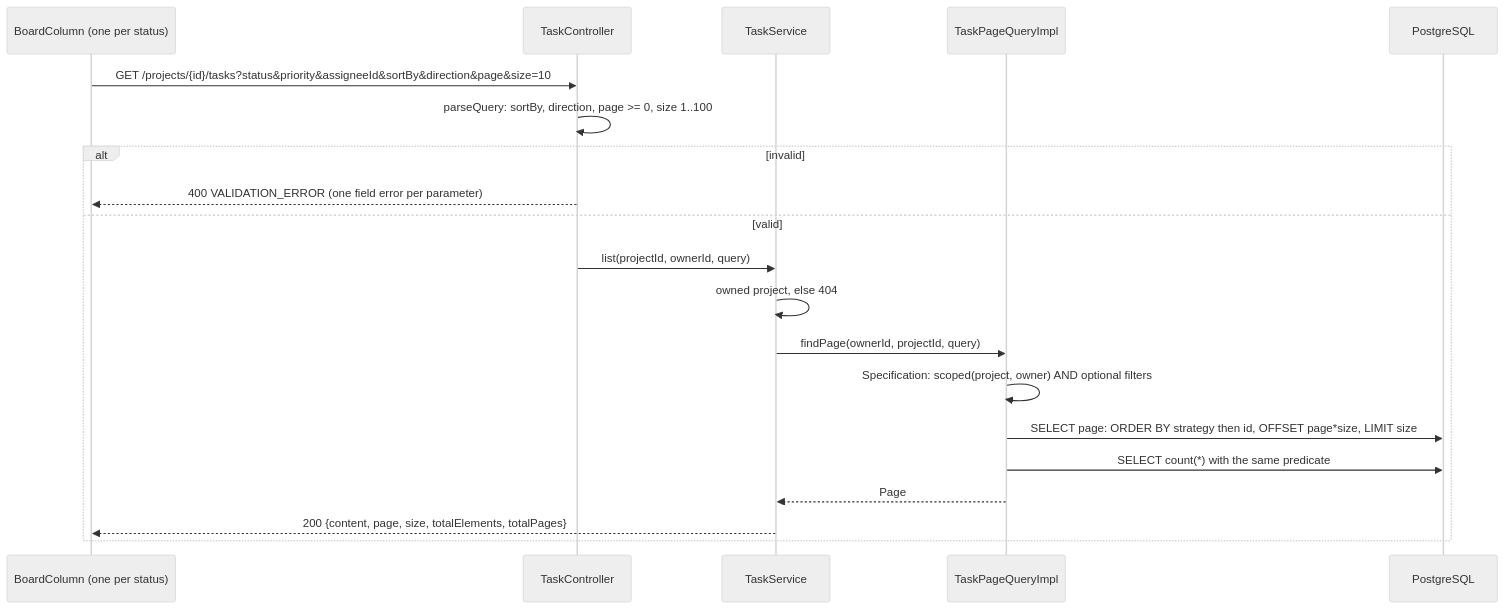
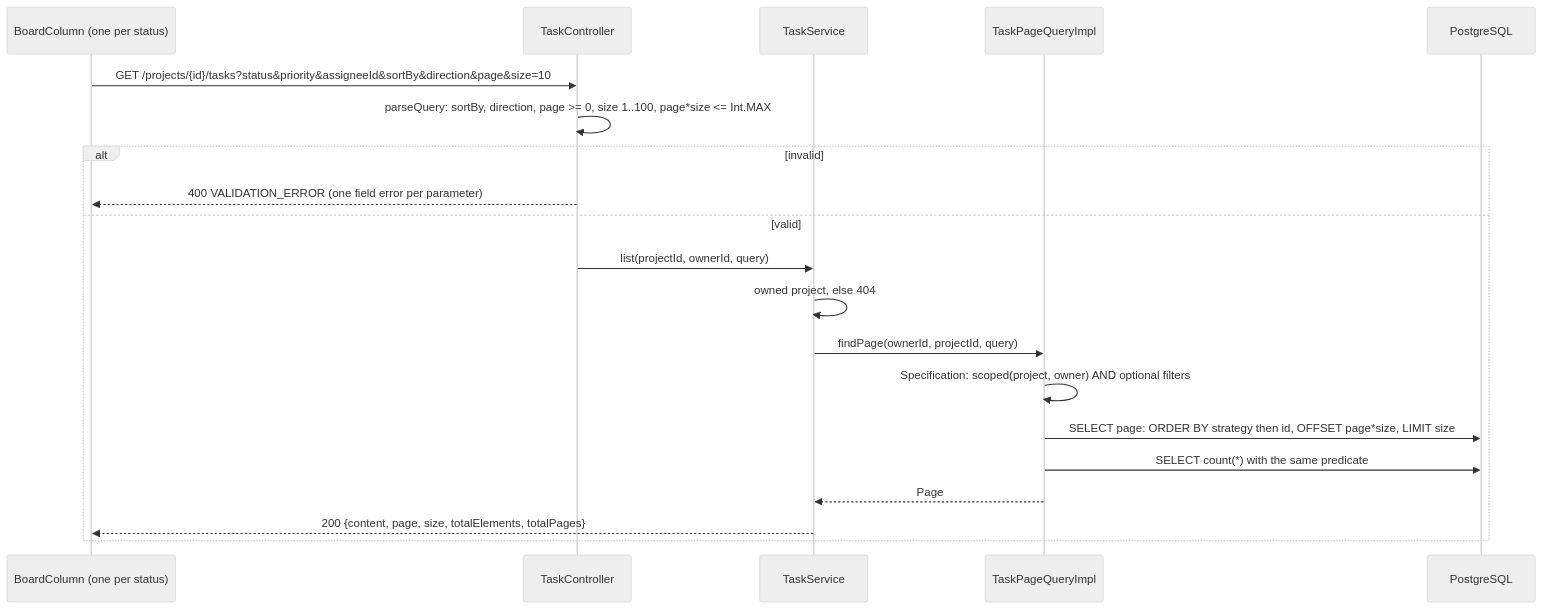
Before and after one commit to chaudhary-lakshay/taskflow: diagram 12 of 14 in docs/diagrams/architecture.md, drawn with Mermaid (neutral theme). The commit also changed other lines of this file and 3 other files, not shown here.

Commit message:
docs: address review of diagrams and audit

````diff
--- a/docs/diagrams/architecture.md
+++ b/docs/diagrams/architecture.md
@@ -389,22 +394,22 @@
 ```mermaid
 sequenceDiagram
   participant UI as BoardColumn (one per status)
   participant K as TaskController
   participant S as TaskService
   participant Q as TaskPageQueryImpl
   participant DB as PostgreSQL
   UI->>K: GET /projects/{id}/tasks?status&priority&assigneeId&sortBy&direction&page&size=10
-  K->>K: parseQuery: sortBy, direction, page >= 0, size 1..100
+  K->>K: parseQuery: sortBy, direction, page >= 0, size 1..100, page*size <= Int.MAX
   alt invalid
     K-->>UI: 400 VALIDATION_ERROR (one field error per parameter)
   else valid
     K->>S: list(projectId, ownerId, query)
     S->>S: owned project, else 404
     S->>Q: findPage(ownerId, projectId, query)
     Q->>Q: Specification: scoped(project, owner) AND optional filters
     Q->>DB: SELECT page: ORDER BY strategy then id, OFFSET page*size, LIMIT size
     Q->>DB: SELECT count(*) with the same predicate
     Q-->>S: Page
     S-->>UI: 200 {content, page, size, totalElements, totalPages}
   end
 ```
````
